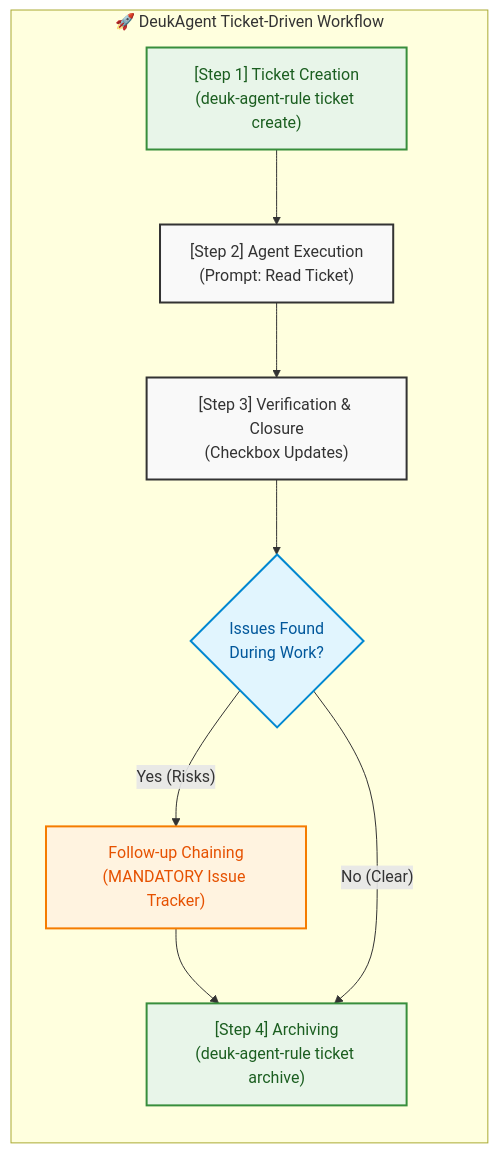
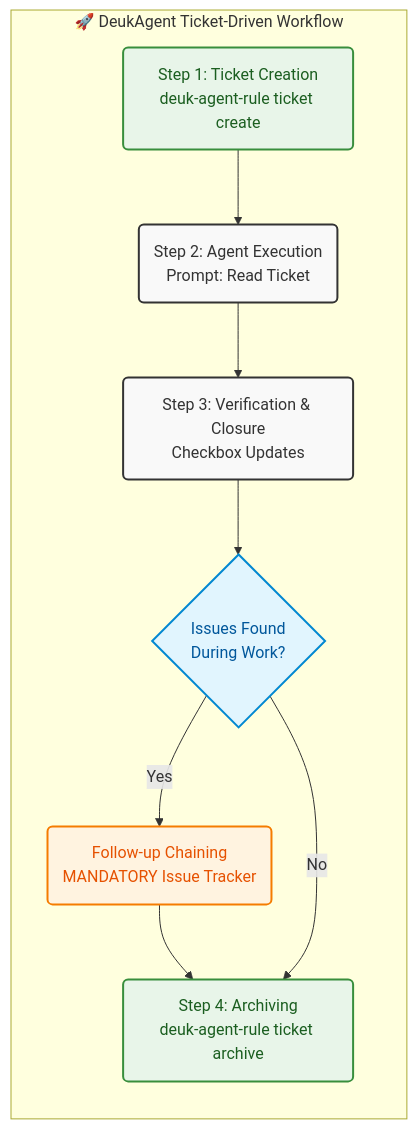
The diagram in README.ko.md (joygram/DeukAgentRules), drawn with Mermaid before and after one commit. The commit also changed 1 other file, not shown here.

Commit message:
docs: fix mermaid syntax errors in workflow diagrams

````diff
--- a/README.ko.md
+++ b/README.ko.md
@@ -86,19 +86,19 @@
 ```mermaid
 flowchart TD
     classDef phase fill:#f9f9f9,stroke:#333,stroke-width:2px,color:#333;
     classDef decision fill:#e1f5fe,stroke:#0288d1,stroke-width:2px,color:#01579b;
     classDef action fill:#e8f5e9,stroke:#388e3c,stroke-width:2px,color:#1b5e20;
     classDef highlight fill:#fff3e0,stroke:#f57c00,stroke-width:2px,color:#e65100;
 
-    subgraph TDD["🚀 DeukAgent Ticket-Driven Workflow"]
+    subgraph TDD [🚀 DeukAgent Ticket-Driven Workflow]
         direction TB
-        A["[Step 1] Ticket Creation<br/>(deuk-agent-rule ticket create)"]:::action --> B["[Step 2] Agent Execution<br/>(Prompt: Read Ticket)"]:::phase
-        B --> C["[Step 3] Verification & Closure<br/>(Checkbox Updates)"]:::phase
+        A(Step 1: Ticket Creation<br>deuk-agent-rule ticket create):::action --> B(Step 2: Agent Execution<br>Prompt: Read Ticket):::phase
+        B --> C(Step 3: Verification & Closure<br>Checkbox Updates):::phase
         
-        C --> D{"Issues Found<br/>During Work?"}:::decision
+        C --> D{Issues Found<br>During Work?}:::decision
         
-        D -- "Yes (Risks)" --> E["Follow-up Chaining<br/>(MANDATORY Issue Tracker)"]:::highlight
-        E --> F["[Step 4] Archiving<br/>(deuk-agent-rule ticket archive)"]:::action
-        D -- "No (Clear)" --> F
+        D -->|Yes| E(Follow-up Chaining<br>MANDATORY Issue Tracker):::highlight
+        E --> F(Step 4: Archiving<br>deuk-agent-rule ticket archive):::action
+        D -->|No| F
     end
 ```
````
